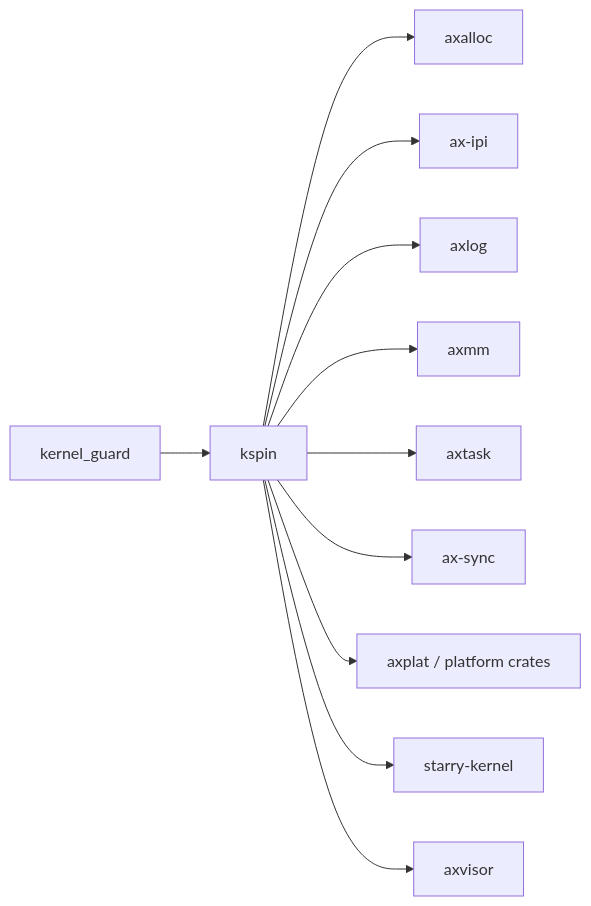
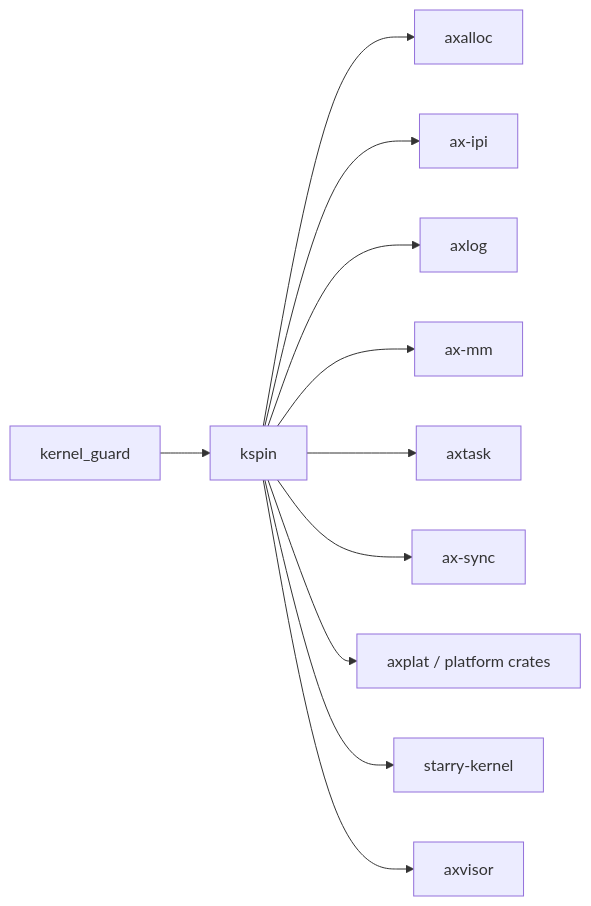
The diagram in docs/crates/kspin.md (yfblock/tgoskits), drawn with Mermaid before and after one commit. The commit also changed other lines of this file and 34 other files, not shown here.

````diff
--- a/docs/crates/kspin.md
+++ b/docs/crates/kspin.md
@@ -61,14 +61,14 @@
 ```mermaid
 graph LR
     kernel_guard["kernel_guard"] --> kspin["kspin"]
 
     kspin --> axalloc["axalloc"]
     kspin --> ax-ipi["ax-ipi"]
     kspin --> axlog["axlog"]
-    kspin --> axmm["axmm"]
+    kspin --> ax-mm["ax-mm"]
     kspin --> axtask["axtask"]
     kspin --> ax-sync["ax-sync"]
     kspin --> axplat["axplat / platform crates"]
     kspin --> starry["starry-kernel"]
     kspin --> axvisor["axvisor"]
 ```
````
